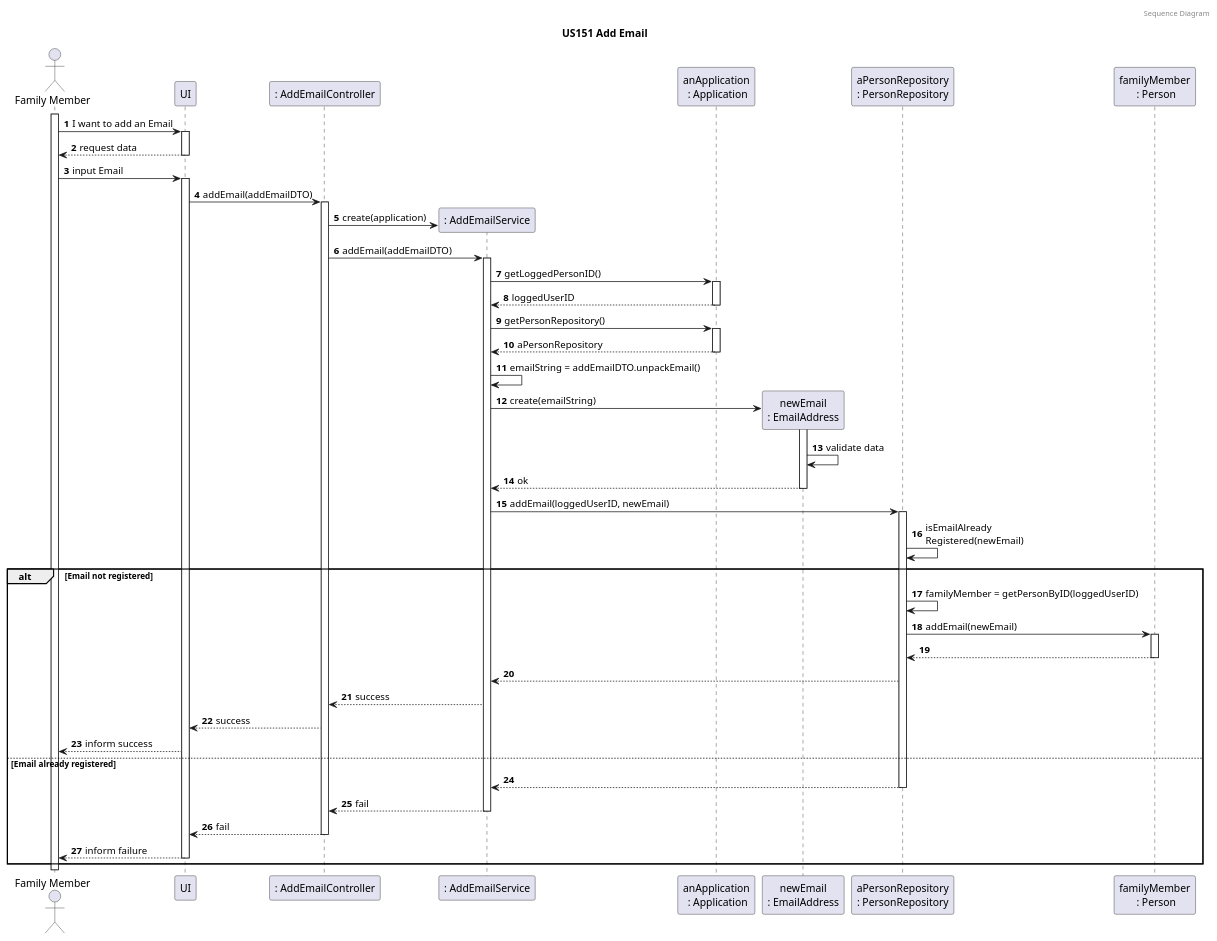
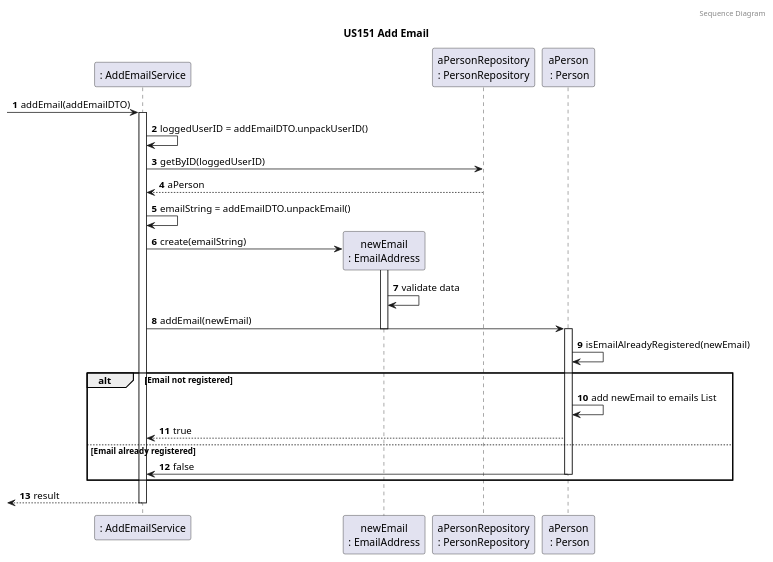
One commit to tomas-osswald/switch_2020_g3 changed the fourth of 4 diagrams in docs/sprint4/user_stories/US151_AddEmail.md. Above: the diagram before and after it, drawn with PlantUML. The commit also changed 3 other files, not shown here.

`````diff
--- a/docs/sprint4/user_stories/US151_AddEmail.md
+++ b/docs/sprint4/user_stories/US151_AddEmail.md
@@ -201,81 +201,50 @@
 ````puml
 @startuml
 
 autonumber
 header Sequence Diagram
 title US151 Add Email
 
-actor "Family Member" as actor
-participant "UI" as UI
-participant ": AddEmailController" as controller
+
 participant ": AddEmailService" as service
-participant "anApplication\n : Application" as app
 participant "newEmail\n: EmailAddress" as email
 participant "aPersonRepository\n: PersonRepository" as prepository
-participant "familyMember\n : Person" as person
+participant "aPerson\n : Person" as person
 
-activate actor
-actor -> UI: I want to add an Email
-activate UI
-return request data
-actor -> UI : input Email
-activate UI
-
-UI -> controller : addEmail(addEmailDTO)
-activate controller
-
-controller -> service** : create(application)
-controller -> service : addEmail(addEmailDTO)
+-> service : addEmail(addEmailDTO)
 activate service
 
-service -> app : getLoggedPersonID()
-activate app
-return loggedUserID
+service -> service : loggedUserID = addEmailDTO.unpackUserID()
 
-service -> app : getPersonRepository()
-activate app
-return aPersonRepository
+service -> prepository : getByID(loggedUserID)
+prepository --> service: aPerson
 
 service -> service : emailString = addEmailDTO.unpackEmail()
 service -> email** : create(emailString)
 activate email
 email -> email : validate data
-return ok
 
-service -> prepository : addEmail(loggedUserID, newEmail)
-activate prepository
-prepository -> prepository : isEmailAlready\nRegistered(newEmail)
+
+service -> person: addEmail(newEmail)
+deactivate email
+activate person
+person -> person: isEmailAlreadyRegistered(newEmail)
+
 
 alt Email not registered
 
-prepository -> prepository : familyMember = getPersonByID(loggedUserID)
-prepository -> person : addEmail(newEmail)
-activate person
-person --> prepository
-deactivate person
+person -> person: add newEmail to emails List
+person --> service: true
 
-prepository --> service
 
-service --> controller : success
-
-controller --> UI : success
-
-UI --> actor : inform success
 
 else Email already registered
 
-prepository --> service
-deactivate prepository
-
-service --> controller : fail
-deactivate service
-
-controller --> UI : fail
-deactivate controller
-
-UI --> actor : inform failure
-deactivate UI
+person -> service: false
+deactivate person
 
 end
+return result
+deactivate service
 @enduml
 ````
`````
